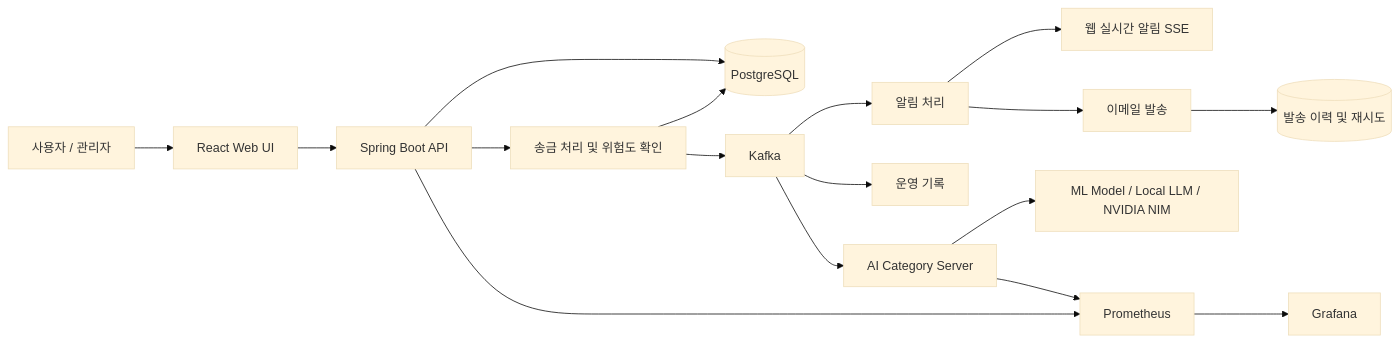
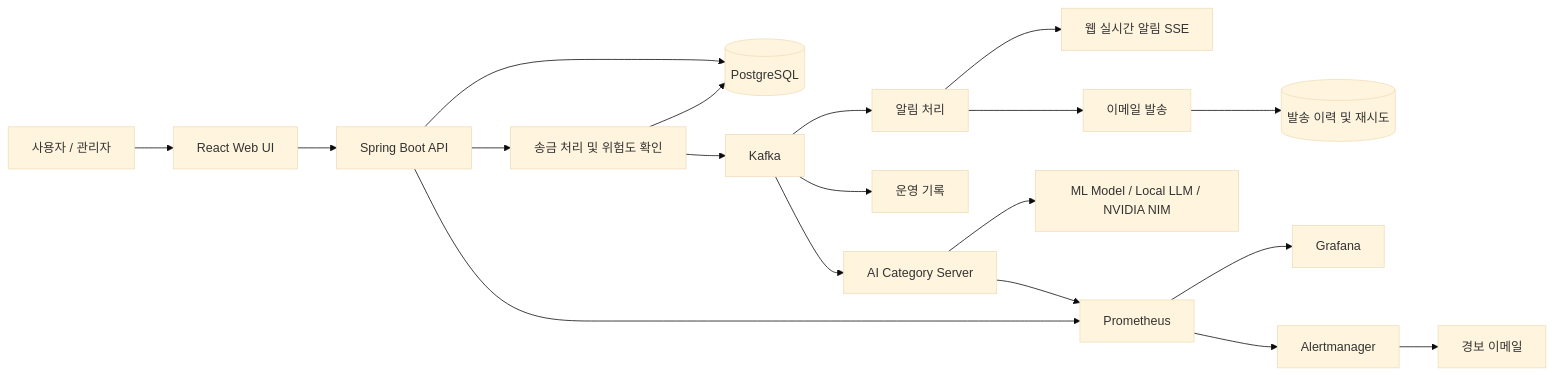
One commit to bitofsyn/EzPay changed the second of 2 diagrams in README.md. Above: the diagram before and after it, drawn with Mermaid (base theme). The commit also changed other lines of this file, not shown here.

First line of the commit message:
docs: README에 Alertmanager 반영

````diff
--- a/README.md
+++ b/README.md
@@ -49,19 +49,21 @@
 ```mermaid
 flowchart LR
     A[사용자 / 관리자] --> B[React Web UI]
     B --> C[Spring Boot API]
     C --> D[(PostgreSQL)]
     C --> E[송금 처리 및 위험도 확인]
     E --> D
     E --> F[Kafka]
     F --> G[알림 처리]
     G --> L[웹 실시간 알림 SSE]
     G --> M[이메일 발송]
     M --> N[(발송 이력 및 재시도)]
     F --> O[운영 기록]
     F --> H[AI Category Server]
     H --> I[ML Model / Local LLM / NVIDIA NIM]
     C --> J[Prometheus]
     H --> J
     J --> K[Grafana]
+    J --> P[Alertmanager]
+    P --> Q[경보 이메일]
 ```
````
